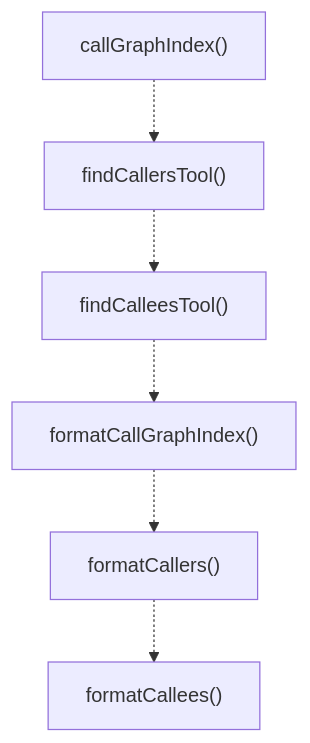
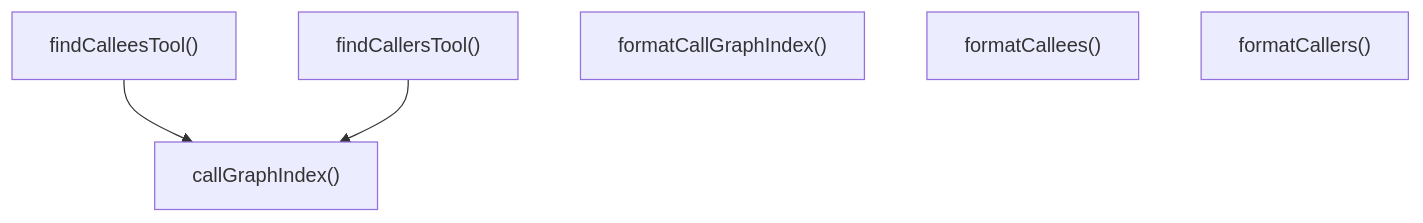
The second of 3 diagrams in ABDD/.pi/extensions/search/tools/call_graph.md (Mekann2904/mekann), drawn with Mermaid before and after one commit. The commit also changed other lines of this file and 277 other files, not shown here.

````diff
--- a/ABDD/.pi/extensions/search/tools/call_graph.md
+++ b/ABDD/.pi/extensions/search/tools/call_graph.md
@@ -56,14 +56,11 @@
 ```mermaid
 flowchart TD
   callGraphIndex["callGraphIndex()"]
+  findCalleesTool["findCalleesTool()"]
   findCallersTool["findCallersTool()"]
-  findCalleesTool["findCalleesTool()"]
   formatCallGraphIndex["formatCallGraphIndex()"]
+  formatCallees["formatCallees()"]
   formatCallers["formatCallers()"]
-  formatCallees["formatCallees()"]
-  callGraphIndex -.-> findCallersTool
-  findCallersTool -.-> findCalleesTool
-  findCalleesTool -.-> formatCallGraphIndex
-  formatCallGraphIndex -.-> formatCallers
-  formatCallers -.-> formatCallees
+  findCalleesTool --> callGraphIndex
+  findCallersTool --> callGraphIndex
 ```
````
